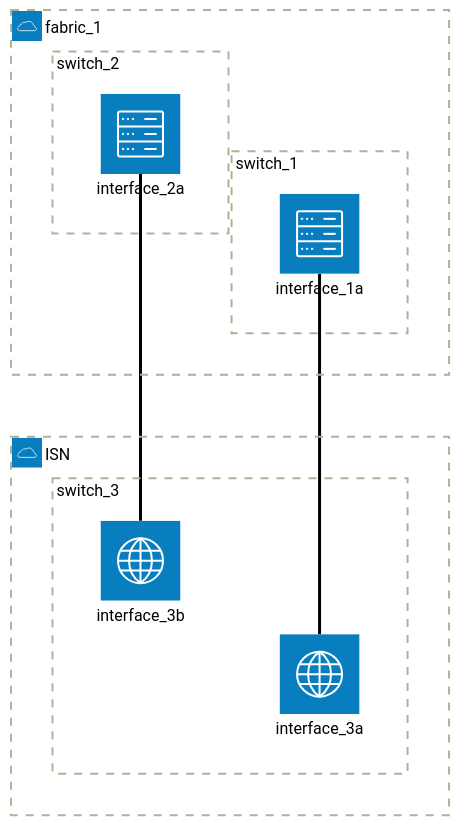
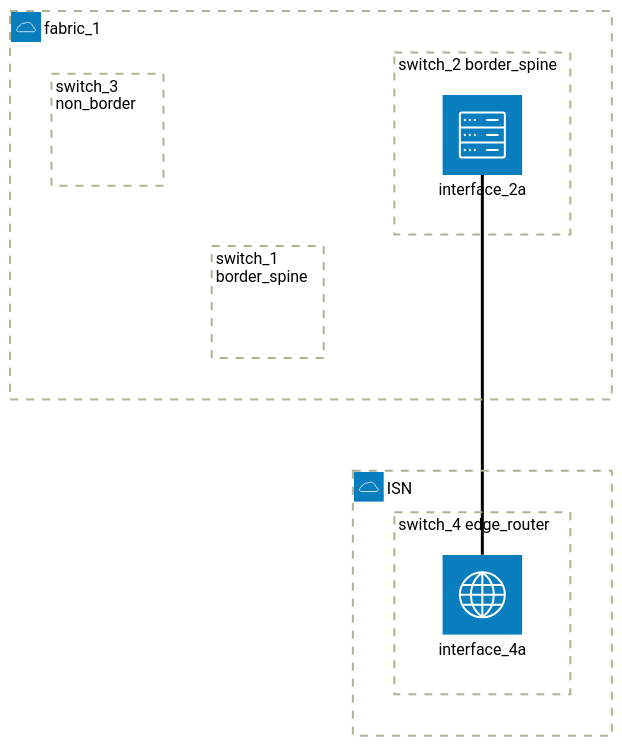
The diagram in tests/integration/targets/dcnm_vrf/tests/dcnm/merged.md (CiscoDevNet/ansible-dcnm), drawn with Mermaid (forest theme) before and after one commit. The commit also changed other lines of this file and 1 other file, not shown here.

````diff
--- a/tests/integration/targets/dcnm_vrf/tests/dcnm/merged.md
+++ b/tests/integration/targets/dcnm_vrf/tests/dcnm/merged.md
@@ -2,16 +39,14 @@
 ```mermaid
 architecture-beta
     group isn(cloud)[ISN]
-      group switch_3g[switch_3] in isn
-        service interface_3a(internet)[interface_3a] in switch_3g
-        service interface_3b(internet)[interface_3b] in switch_3g
+      group switch_4g[switch_4 edge_router] in isn
+        service interface_4a(internet)[interface_4a] in switch_4g
 
     group fabric_1(cloud)[fabric_1]
-      group switch_1g[switch_1] in fabric_1
-        service interface_1a(server)[interface_1a] in switch_1g
-      group switch_2g[switch_2] in fabric_1
+      group switch_1g[switch_1 border_spine] in fabric_1
+      group switch_2g[switch_2 border_spine] in fabric_1
         service interface_2a(server)[interface_2a] in switch_2g
+      group switch_3g[switch_3 non_border] in fabric_1
 
-    interface_3a:T -- B:interface_1a
-    interface_3b:T -- B:interface_2a
+    interface_4a:T -- B:interface_2a
 ```
````
